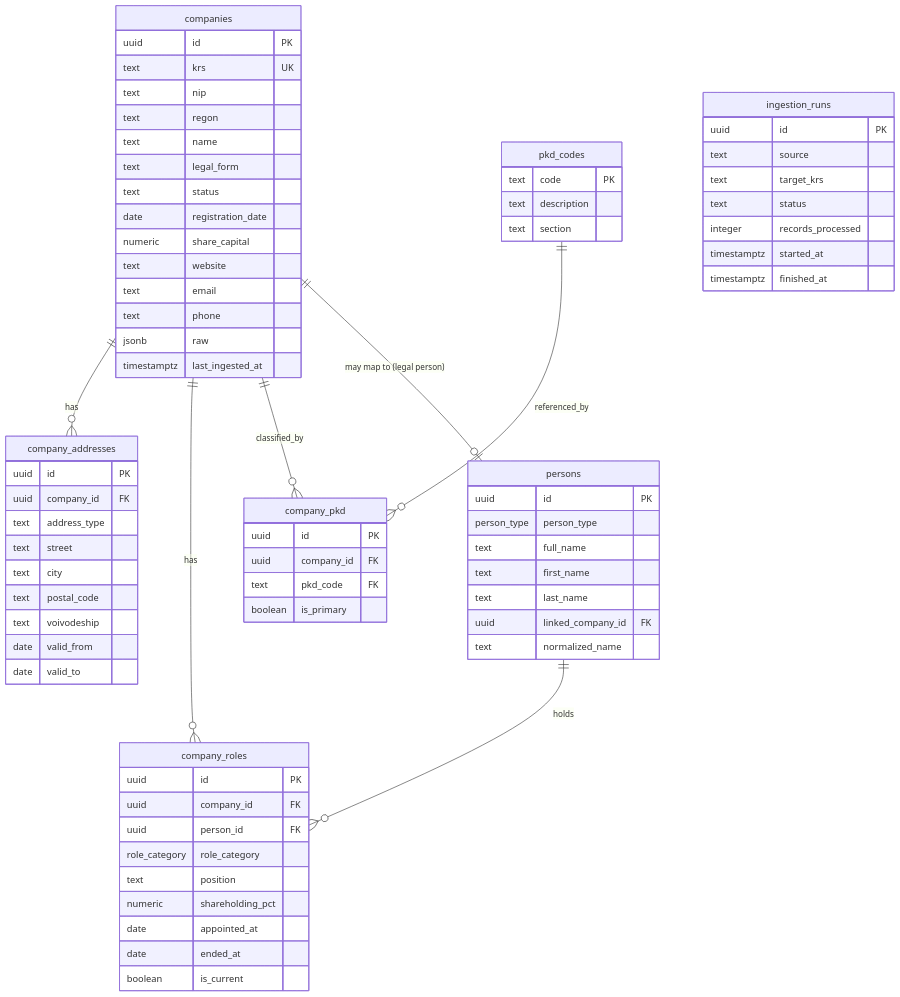
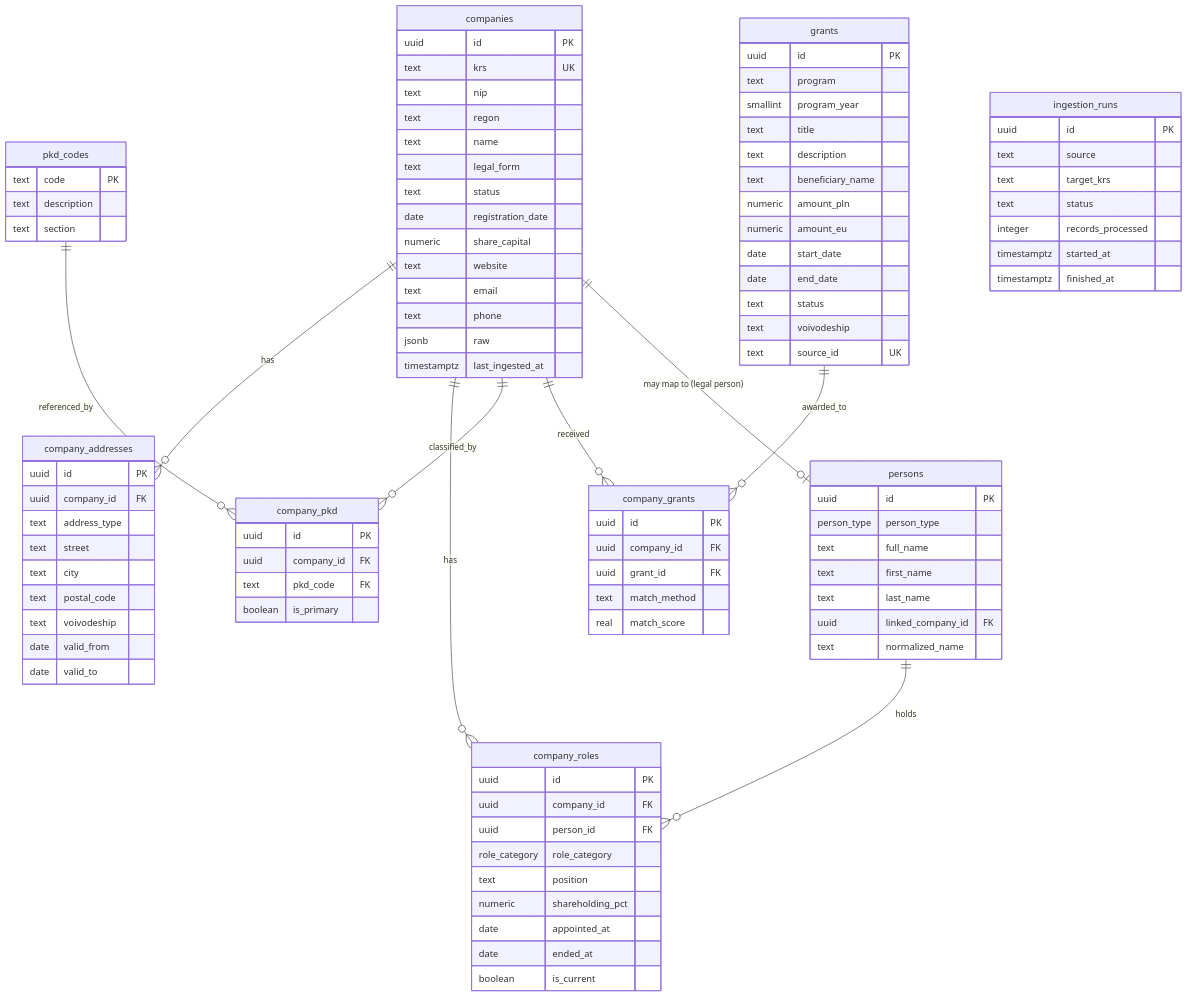
The diagram in docs/ERD.md (basedshiloh/Firmobase), drawn with Mermaid before and after one commit. The commit also changed other lines of this file and 9 other files, not shown here.

First line of the commit message:
feat(phase-6): government grants schema, frontend, and pipeline

```diff
--- a/docs/ERD.md
+++ b/docs/ERD.md
@@ -8,9 +7,11 @@
     companies ||--o{ company_addresses : has
     companies ||--o{ company_roles     : has
     companies ||--o{ company_pkd       : classified_by
+    companies ||--o{ company_grants    : received
     companies ||--o| persons           : "may map to (legal person)"
     persons   ||--o{ company_roles     : holds
     pkd_codes ||--o{ company_pkd       : referenced_by
+    grants    ||--o{ company_grants    : awarded_to
 
     companies {
         uuid id PK
@@ -76,6 +77,30 @@
         boolean is_primary
     }
 
+    grants {
+        uuid id PK
+        text program
+        smallint program_year
+        text title
+        text description
+        text beneficiary_name
+        numeric amount_pln
+        numeric amount_eu
+        date start_date
+        date end_date
+        text status
+        text voivodeship
+        text source_id UK
+    }
+
+    company_grants {
+        uuid id PK
+        uuid company_id FK
+        uuid grant_id FK
+        text match_method
+        real match_score
+    }
+
     ingestion_runs {
         uuid id PK
         text source
```
